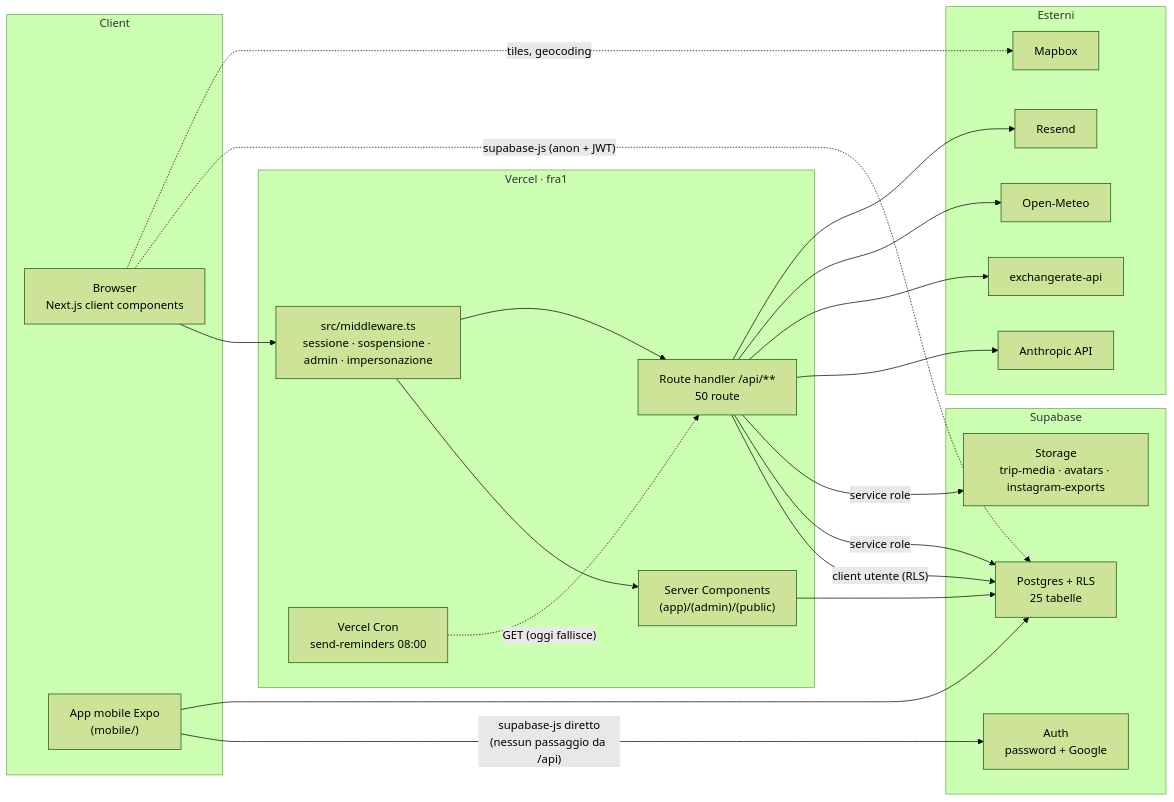
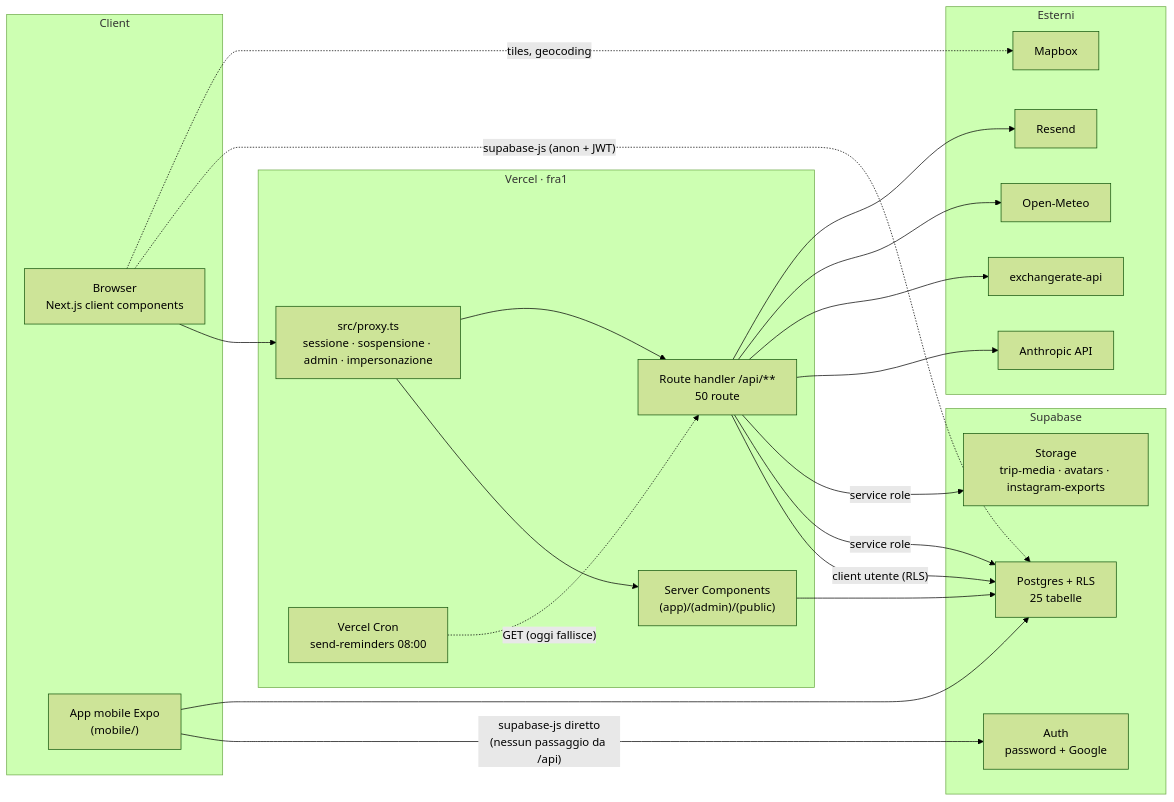
Before and after one commit to NicoloCalandri/motonui: the first of 3 diagrams in docs/architecture.md, drawn with Mermaid (forest theme). The commit also changed other lines of this file and 13 other files, not shown here.

First line of the commit message:
refactor(frontend): rename middleware to proxy for Next.js 16

````diff
--- a/docs/architecture.md
+++ b/docs/architecture.md
@@ -11,44 +11,44 @@
 ```mermaid
 flowchart LR
     subgraph Client
         WEB["Browser<br/>Next.js client components"]
         MOB["App mobile Expo<br/>(mobile/)"]
     end
 
     subgraph Vercel["Vercel · fra1"]
-        MW["src/middleware.ts<br/>sessione · sospensione · admin · impersonazione"]
+        MW["src/proxy.ts<br/>sessione · sospensione · admin · impersonazione"]
         RSC["Server Components<br/>(app)/(admin)/(public)"]
         API["Route handler /api/**<br/>50 route"]
         CRON["Vercel Cron<br/>send-reminders 08:00"]
     end
 
     subgraph Supabase
         AUTH["Auth<br/>password + Google"]
         PG["Postgres + RLS<br/>25 tabelle"]
         ST["Storage<br/>trip-media · avatars · instagram-exports"]
     end
 
     subgraph Esterni
         ANT["Anthropic API"]
         MBX["Mapbox"]
         FX["exchangerate-api"]
         WX["Open-Meteo"]
         RS["Resend"]
     end
 
     WEB --> MW --> RSC
     MW --> API
     WEB -. "supabase-js (anon + JWT)" .-> PG
     WEB -. "tiles, geocoding" .-> MBX
     MOB -- "supabase-js diretto<br/>(nessun passaggio da /api)" --> AUTH
     MOB --> PG
     RSC --> PG
     API -- "client utente (RLS)" --> PG
     API -- "service role" --> PG
     API -- "service role" --> ST
     API --> ANT
     API --> FX
     API --> WX
     CRON -. "GET (oggi fallisce)" .-> API
     API --> RS
 ```
````
